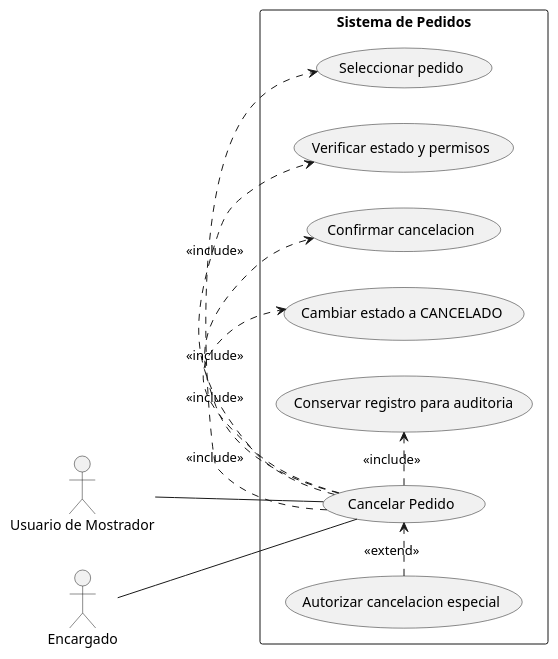
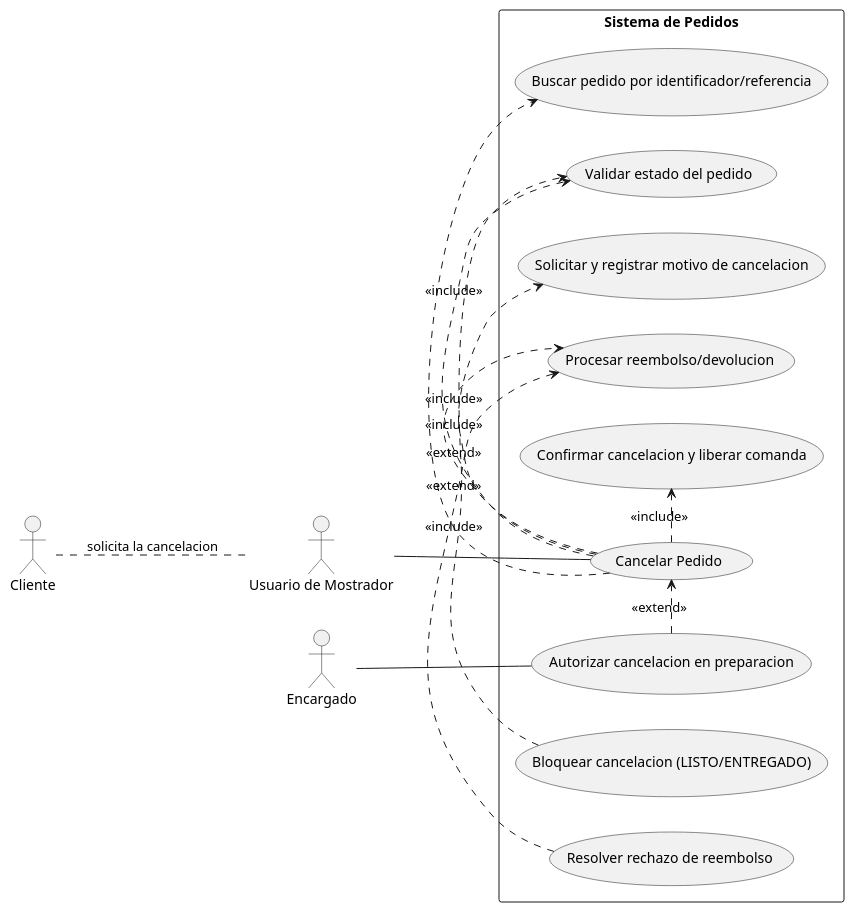
The diagram in diagramas/02-casos-de-uso/CU03-cancelar-pedido.puml (eloeyhe/SistemaPedidos), drawn with PlantUML before and after one commit. The commit also changed 8 other files, not shown here.

Commit message:
docs: actualizar changelog y diagramas de casos de uso segun revision de PR

```diff
--- a/diagramas/02-casos-de-uso/CU03-cancelar-pedido.puml
+++ b/diagramas/02-casos-de-uso/CU03-cancelar-pedido.puml
@@ -1,26 +1,33 @@
 @startuml CU03_Cancelar_Pedido
 left to right direction
-
+actor Cliente
 actor "Usuario de Mostrador" as Mostrador
 actor Encargado
 
+Cliente .. Mostrador : solicita la cancelacion
+
 rectangle "Sistema de Pedidos" {
-    usecase "Cancelar Pedido" as Cancelar
-    usecase "Seleccionar pedido" as Seleccionar
-    usecase "Verificar estado y permisos" as Verificar
-    usecase "Confirmar cancelacion" as Confirmar
-    usecase "Cambiar estado a CANCELADO" as Cambiar
-    usecase "Conservar registro para auditoria" as Auditar
-    usecase "Autorizar cancelacion especial" as Autorizar
+	usecase "Cancelar Pedido" as Cancelar
+	usecase "Buscar pedido por identificador/referencia" as Buscar
+	usecase "Validar estado del pedido" as ValidarEstado
+	usecase "Solicitar y registrar motivo de cancelacion" as RegistrarMotivo
+	usecase "Procesar reembolso/devolucion" as Reembolsar
+	usecase "Confirmar cancelacion y liberar comanda" as Confirmar
+	usecase "Autorizar cancelacion en preparacion" as Autorizar
+	usecase "Bloquear cancelacion (LISTO/ENTREGADO)" as Bloquear
+	usecase "Resolver rechazo de reembolso" as RechazoReembolso
 }
 
 Mostrador -- Cancelar
-Encargado -- Cancelar
+Encargado -- Autorizar
 
-Cancelar .> Seleccionar : <<include>>
-Cancelar .> Verificar : <<include>>
+Cancelar .> Buscar : <<include>>
+Cancelar .> ValidarEstado : <<include>>
+Cancelar .> RegistrarMotivo : <<include>>
+Cancelar .> Reembolsar : <<include>>
 Cancelar .> Confirmar : <<include>>
-Cancelar .> Cambiar : <<include>>
-Cancelar .> Auditar : <<include>>
+
 Autorizar .> Cancelar : <<extend>>
+Bloquear .> ValidarEstado : <<extend>>
+RechazoReembolso .> Reembolsar : <<extend>>
 @enduml
```
